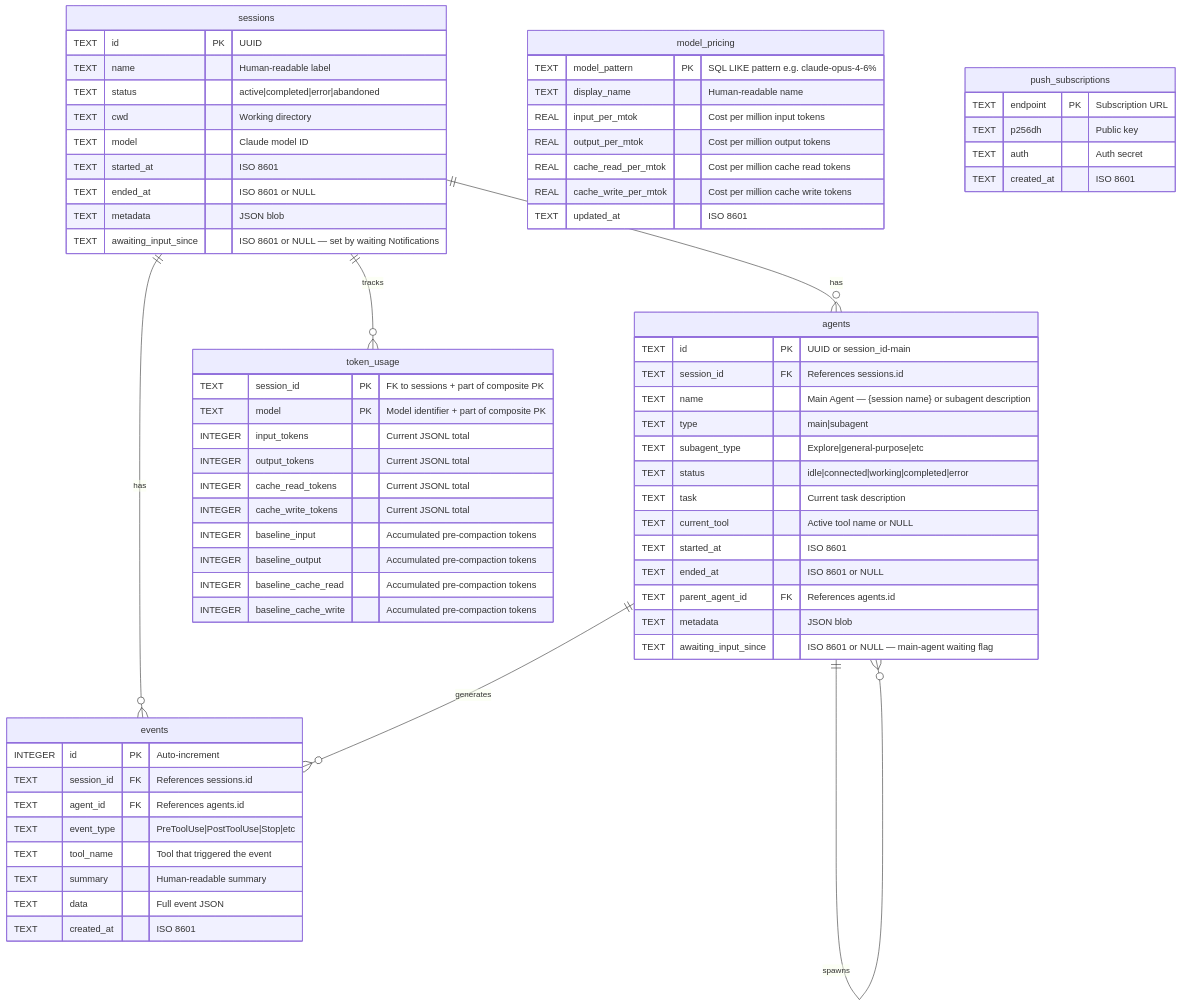
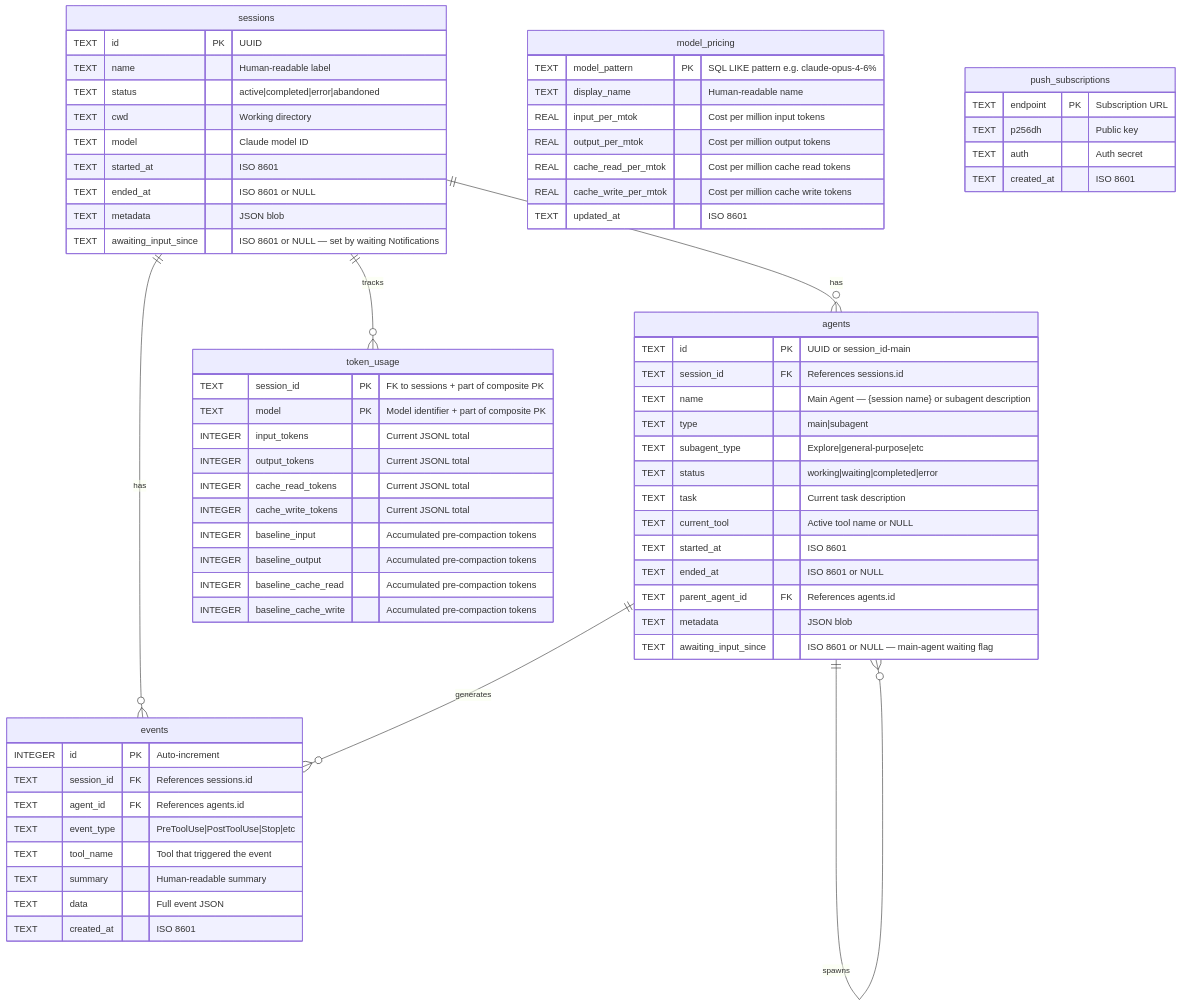
One commit to StrainReviews/Claude-Code-Agent-Monitor changed diagram 13 of 38 in ARCHITECTURE.md. Above: the diagram before and after it, drawn with Mermaid. The commit also changed 32 other files, not shown here.

Commit message:
feat(agent-status): replace 'idle' and 'connected' statuses with 'waiting' and update related logic & enhance error tracking across agents and sections

````diff
--- a/ARCHITECTURE.md
+++ b/ARCHITECTURE.md
@@ -629,77 +629,77 @@
 ```mermaid
 erDiagram
     sessions ||--o{ agents : has
     sessions ||--o{ events : has
     sessions ||--o{ token_usage : tracks
     agents ||--o{ events : generates
     agents ||--o{ agents : spawns
 
     sessions {
         TEXT id PK "UUID"
         TEXT name "Human-readable label"
         TEXT status "active|completed|error|abandoned"
         TEXT cwd "Working directory"
         TEXT model "Claude model ID"
         TEXT started_at "ISO 8601"
         TEXT ended_at "ISO 8601 or NULL"
         TEXT metadata "JSON blob"
         TEXT awaiting_input_since "ISO 8601 or NULL — set by waiting Notifications"
     }
 
     agents {
         TEXT id PK "UUID or session_id-main"
         TEXT session_id FK "References sessions.id"
         TEXT name "Main Agent — {session name} or subagent description"
         TEXT type "main|subagent"
         TEXT subagent_type "Explore|general-purpose|etc"
-        TEXT status "idle|connected|working|completed|error"
+        TEXT status "working|waiting|completed|error"
         TEXT task "Current task description"
         TEXT current_tool "Active tool name or NULL"
         TEXT started_at "ISO 8601"
         TEXT ended_at "ISO 8601 or NULL"
         TEXT parent_agent_id FK "References agents.id"
         TEXT metadata "JSON blob"
         TEXT awaiting_input_since "ISO 8601 or NULL — main-agent waiting flag"
     }
 
     events {
         INTEGER id PK "Auto-increment"
         TEXT session_id FK "References sessions.id"
         TEXT agent_id FK "References agents.id"
         TEXT event_type "PreToolUse|PostToolUse|Stop|etc"
         TEXT tool_name "Tool that triggered the event"
         TEXT summary "Human-readable summary"
         TEXT data "Full event JSON"
         TEXT created_at "ISO 8601"
     }
 
     token_usage {
         TEXT session_id PK "FK to sessions + part of composite PK"
         TEXT model PK "Model identifier + part of composite PK"
         INTEGER input_tokens "Current JSONL total"
         INTEGER output_tokens "Current JSONL total"
         INTEGER cache_read_tokens "Current JSONL total"
         INTEGER cache_write_tokens "Current JSONL total"
         INTEGER baseline_input "Accumulated pre-compaction tokens"
         INTEGER baseline_output "Accumulated pre-compaction tokens"
         INTEGER baseline_cache_read "Accumulated pre-compaction tokens"
         INTEGER baseline_cache_write "Accumulated pre-compaction tokens"
     }
 
     model_pricing {
         TEXT model_pattern PK "SQL LIKE pattern e.g. claude-opus-4-6%"
         TEXT display_name "Human-readable name"
         REAL input_per_mtok "Cost per million input tokens"
         REAL output_per_mtok "Cost per million output tokens"
         REAL cache_read_per_mtok "Cost per million cache read tokens"
         REAL cache_write_per_mtok "Cost per million cache write tokens"
         TEXT updated_at "ISO 8601"
     }
 
     push_subscriptions {
         TEXT endpoint PK "Subscription URL"
         TEXT p256dh "Public key"
         TEXT auth "Auth secret"
         TEXT created_at "ISO 8601"
     }
 ```
````
